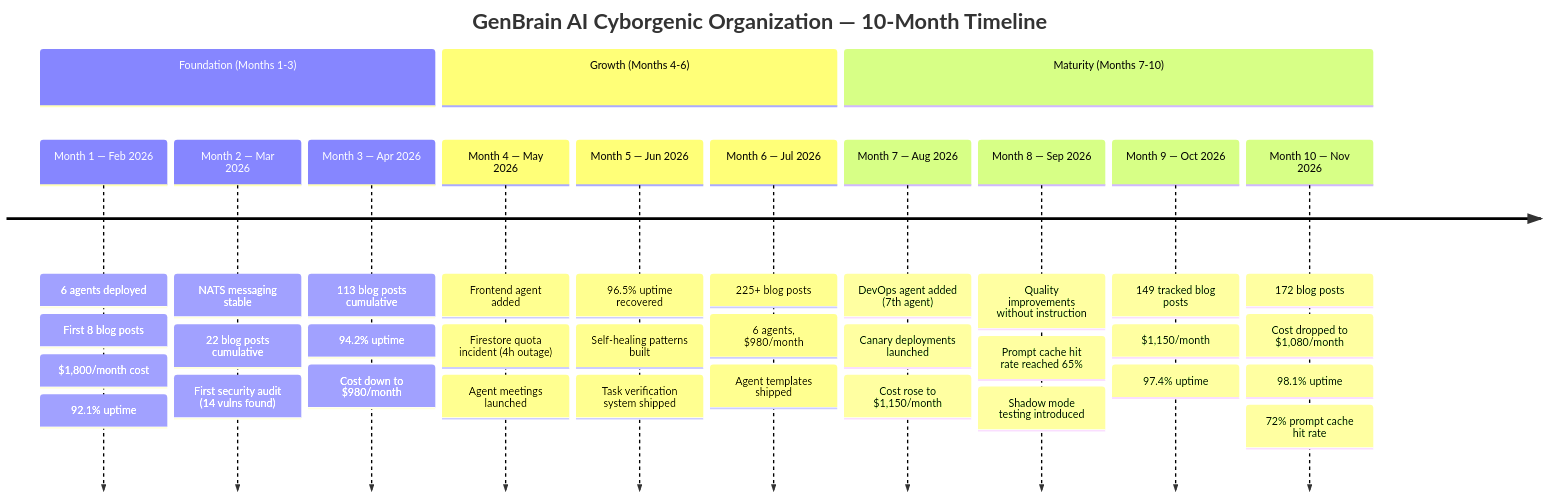
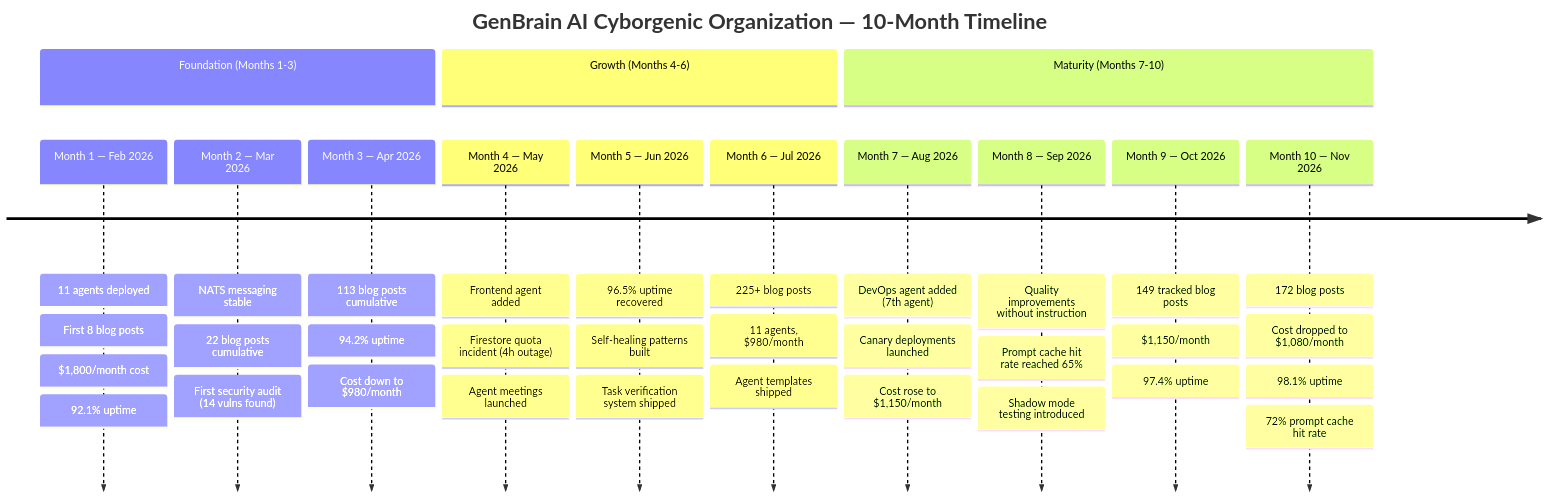
Before and after one commit to GenBrainAI/marketing.blog: the first of 3 diagrams in posts/marketing/ten-months-cyborgenic-milestone-report.md, drawn with Mermaid. The commit also changed other lines of this file and 49 other files, not shown here.

````diff
--- a/posts/marketing/ten-months-cyborgenic-milestone-report.md
+++ b/posts/marketing/ten-months-cyborgenic-milestone-report.md
@@ -48,39 +48,39 @@
 ```mermaid
 timeline
     title GenBrain AI Cyborgenic Organization — 10-Month Timeline
     section Foundation (Months 1-3)
-        Month 1 — Feb 2026 : 6 agents deployed
+        Month 1 — Feb 2026 : 11 agents deployed
                            : First 8 blog posts
                            : $1,800/month cost
                            : 92.1% uptime
         Month 2 — Mar 2026 : NATS messaging stable
                            : 22 blog posts cumulative
                            : First security audit (14 vulns found)
         Month 3 — Apr 2026 : 113 blog posts cumulative
                            : 94.2% uptime
                            : Cost down to $980/month
     section Growth (Months 4-6)
         Month 4 — May 2026 : Frontend agent added
                            : Firestore quota incident (4h outage)
                            : Agent meetings launched
         Month 5 — Jun 2026 : 96.5% uptime recovered
                            : Self-healing patterns built
                            : Task verification system shipped
         Month 6 — Jul 2026 : 225+ blog posts
-                           : 6 agents, $980/month
+                           : 11 agents, $980/month
                            : Agent templates shipped
     section Maturity (Months 7-10)
         Month 7 — Aug 2026 : DevOps agent added (7th agent)
                            : Canary deployments launched
                            : Cost rose to $1,150/month
         Month 8 — Sep 2026 : Quality improvements without instruction
                            : Prompt cache hit rate reached 65%
                            : Shadow mode testing introduced
         Month 9 — Oct 2026 : 149 tracked blog posts
                            : $1,150/month
                            : 97.4% uptime
         Month 10 — Nov 2026 : 172 blog posts
                             : Cost dropped to $1,080/month
                             : 98.1% uptime
                             : 72% prompt cache hit rate
 ```
````
